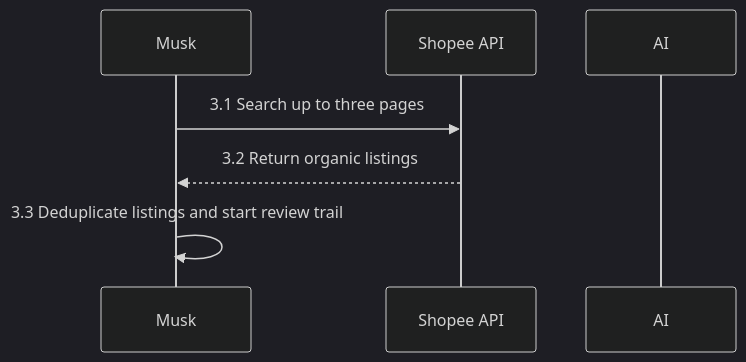
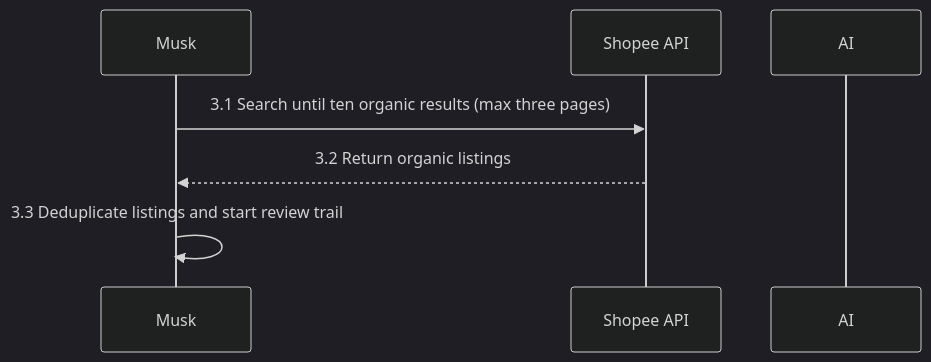
The fourth of 11 diagrams in sources/musk/specs/plan.md (hqdung99/elon-musk-hackathon), drawn with Mermaid (dark theme) before and after one commit. The commit also changed other lines of this file and 23 other files, not shown here.

````diff
--- a/sources/musk/specs/plan.md
+++ b/sources/musk/specs/plan.md
@@ -212,9 +212,9 @@
 ```mermaid
 sequenceDiagram
     participant M as Musk
     participant S as Shopee API
     participant A as AI
-    M->>S: 3.1 Search up to three pages
+    M->>S: 3.1 Search until ten organic results (max three pages)
     S-->>M: 3.2 Return organic listings
     M->>M: 3.3 Deduplicate listings and start review trail
 ```
````
